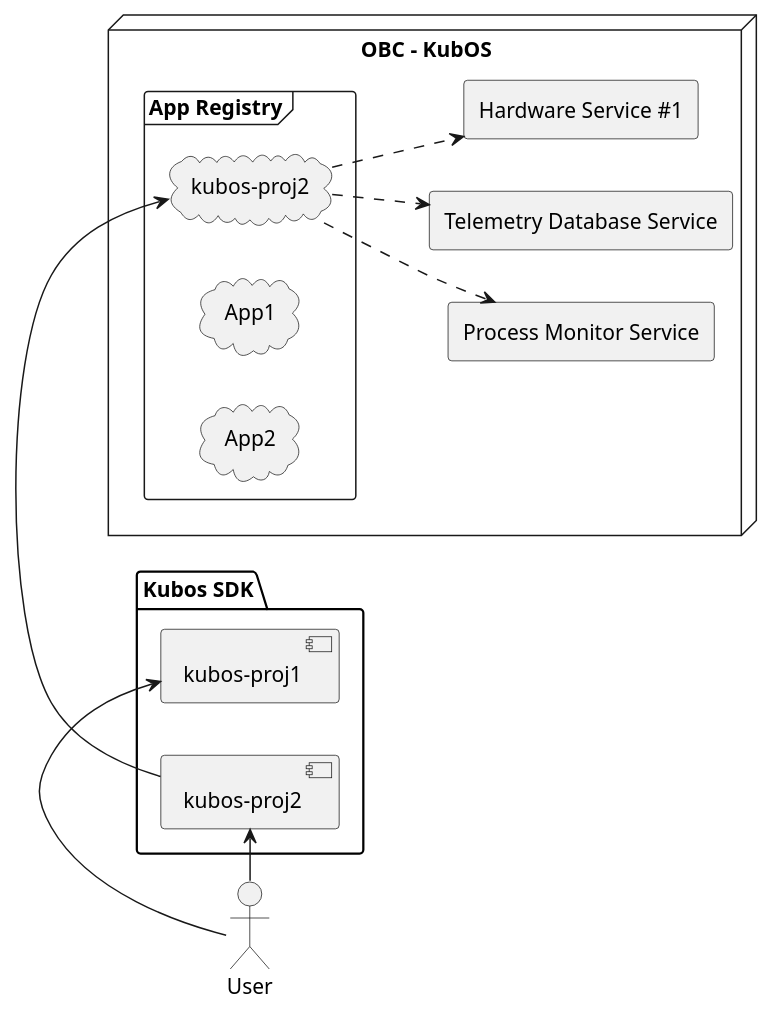
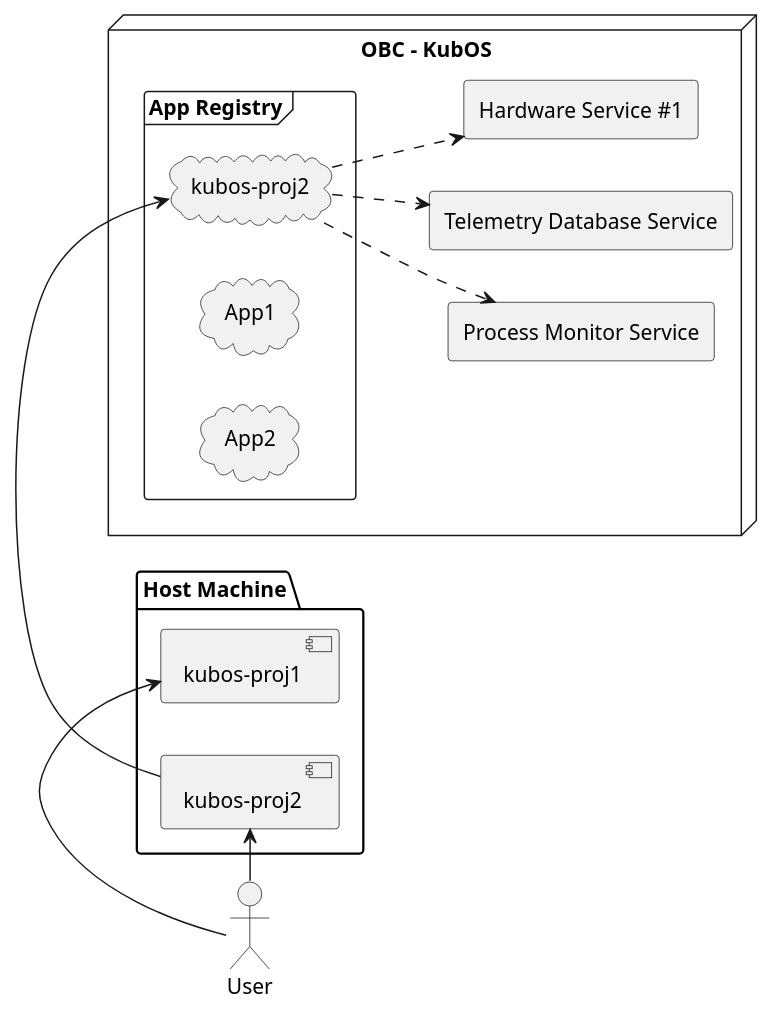
The diagram in docs/tutorials/index.rst (kubos/kubos), drawn with PlantUML before and after one commit. The commit also changed other lines of this file and 90 other files, not shown here.

```diff
--- a/docs/tutorials/index.rst
+++ b/docs/tutorials/index.rst
@@ -10,32 +12,32 @@
 .. uml::
 
     @startuml
     left to right direction
     
     actor User
     
-    folder "Kubos SDK" {
+    folder "Host Machine" {
         [kubos-proj1] as proj1
         [kubos-proj2] as proj2
     }
     
     node "OBC - KubOS" {
         frame "App Registry" {
             cloud "kubos-proj2" as application
             cloud "App1"
             cloud "App2"
         }
         
         rectangle "Process Monitor Service" as monitor
         rectangle "Telemetry Database Service" as telemdb
         rectangle "Hardware Service #1" as hw1
     } 
     
     User -> proj1
     proj2 -> application
     User -> proj2
     application ..> monitor
     application ..> telemdb
     application ..> hw1
     
     @enduml
```
